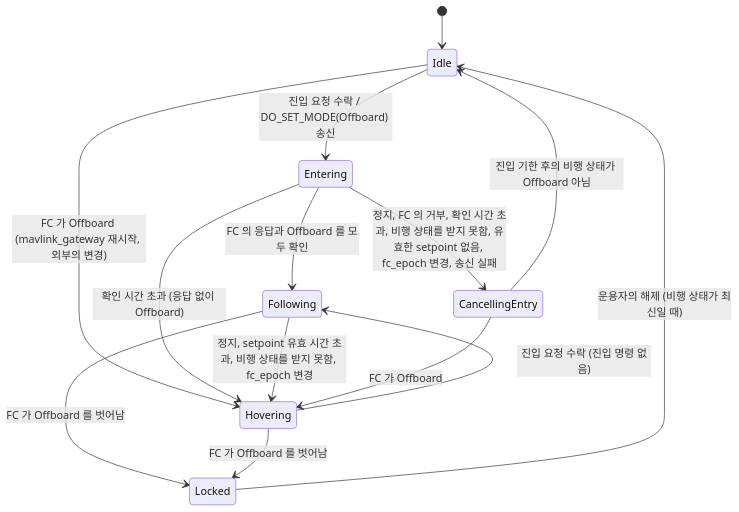
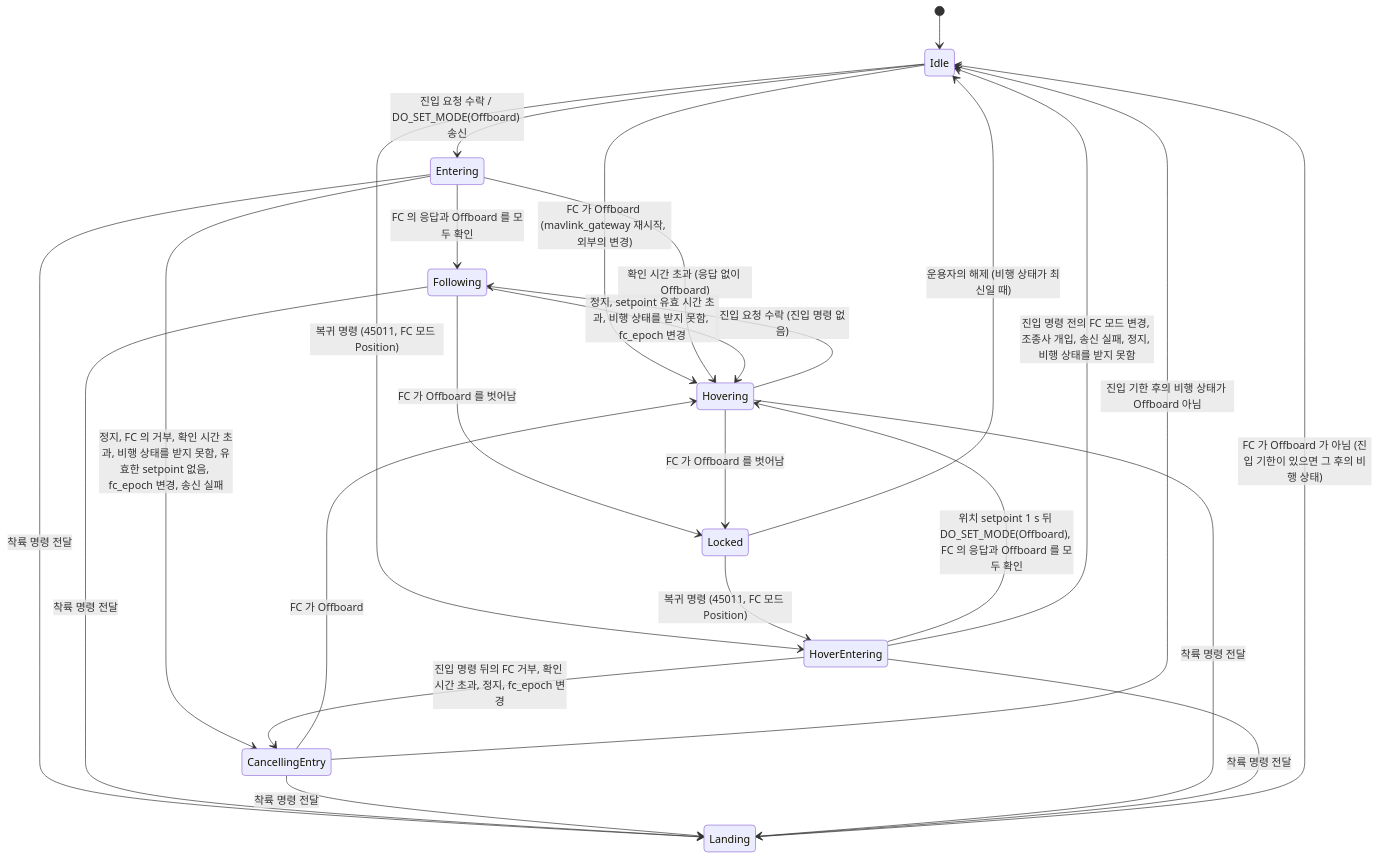
One commit to lig-argus/argus-edge-vision changed the third of 3 diagrams in docs/design/uml/state_machine.md. Above: the diagram before and after it, drawn with Mermaid. The commit also changed other lines of this file and 67 other files, not shown here.

````diff
--- a/docs/design/uml/state_machine.md
+++ b/docs/design/uml/state_machine.md
@@ -93,16 +93,27 @@
 ```mermaid
 stateDiagram-v2
     [*] --> Idle
     Idle --> Entering: 진입 요청 수락 / DO_SET_MODE(Offboard) 송신
     Idle --> Hovering: FC 가 Offboard (mavlink_gateway 재시작, 외부의 변경)
     Entering --> Following: FC 의 응답과 Offboard 를 모두 확인
     Entering --> CancellingEntry: 정지, FC 의 거부, 확인 시간 초과, 비행 상태를 받지 못함, 유효한 setpoint 없음, fc_epoch 변경, 송신 실패
     Entering --> Hovering: 확인 시간 초과 (응답 없이 Offboard)
     Following --> Hovering: 정지, setpoint 유효 시간 초과, 비행 상태를 받지 못함, fc_epoch 변경
     Following --> Locked: FC 가 Offboard 를 벗어남
     CancellingEntry --> Hovering: FC 가 Offboard
     CancellingEntry --> Idle: 진입 기한 후의 비행 상태가 Offboard 아님
     Hovering --> Following: 진입 요청 수락 (진입 명령 없음)
     Hovering --> Locked: FC 가 Offboard 를 벗어남
     Locked --> Idle: 운용자의 해제 (비행 상태가 최신일 때)
+    Entering --> Landing: 착륙 명령 전달
+    Following --> Landing: 착륙 명령 전달
+    CancellingEntry --> Landing: 착륙 명령 전달
+    Hovering --> Landing: 착륙 명령 전달
+    Landing --> Idle: FC 가 Offboard 가 아님 (진입 기한이 있으면 그 후의 비행 상태)
+    Idle --> HoverEntering: 복귀 명령 (45011, FC 모드 Position)
+    Locked --> HoverEntering: 복귀 명령 (45011, FC 모드 Position)
+    HoverEntering --> Hovering: 위치 setpoint 1 s 뒤 DO_SET_MODE(Offboard), FC 의 응답과 Offboard 를 모두 확인
+    HoverEntering --> Idle: 진입 명령 전의 FC 모드 변경, 조종사 개입, 송신 실패, 정지, 비행 상태를 받지 못함
+    HoverEntering --> CancellingEntry: 진입 명령 뒤의 FC 거부, 확인 시간 초과, 정지, fc_epoch 변경
+    HoverEntering --> Landing: 착륙 명령 전달
 ```
````
